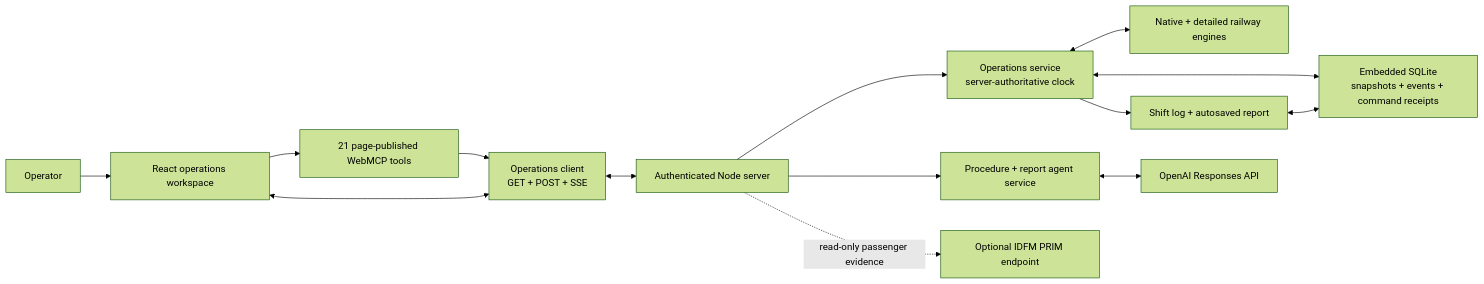
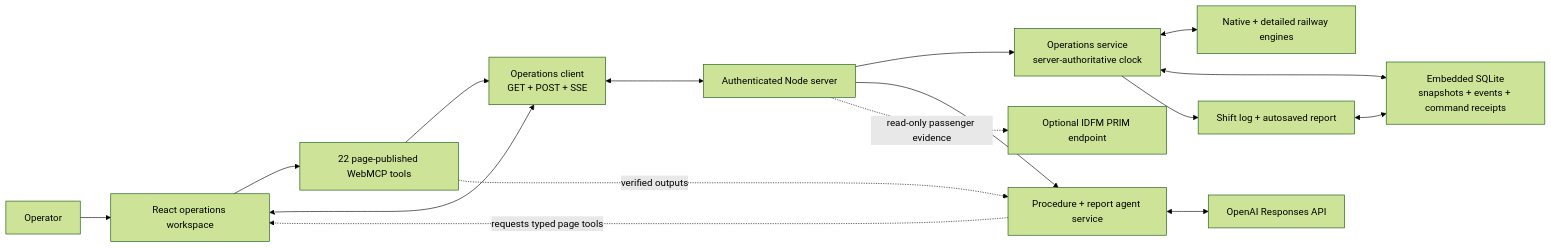
Before and after one commit to HackInvent/icc-webmcp-demo: the first of 3 diagrams in docs/architecture.md, drawn with Mermaid (forest theme). The commit also changed other lines of this file and 64 other files, not shown here.

````diff
--- a/docs/architecture.md
+++ b/docs/architecture.md
@@ -16,29 +19,31 @@
 ```mermaid
 flowchart LR
   Operator["Operator"]
   Browser["React operations workspace"]
-  Tools["21 page-published WebMCP tools"]
+  Tools["22 page-published WebMCP tools"]
   Client["Operations client\nGET + POST + SSE"]
   Http["Authenticated Node server"]
   Service["Operations service\nserver-authoritative clock"]
   Engines["Native + detailed railway engines"]
   Store["Embedded SQLite\nsnapshots + events + command receipts"]
   Shift["Shift log + autosaved report"]
   Agent["Procedure + report agent service"]
   OpenAI["OpenAI Responses API"]
   Prim["Optional IDFM PRIM endpoint"]
 
   Operator --> Browser
   Browser --> Tools
   Tools --> Client
+  Agent -. "requests typed page tools" .-> Browser
+  Tools -. "verified outputs" .-> Agent
   Browser <--> Client
   Client <--> Http
   Http --> Service
   Service <--> Engines
   Service <--> Store
   Service --> Shift
   Shift <--> Store
   Http --> Agent
   Agent <--> OpenAI
   Http -. "read-only passenger evidence" .-> Prim
 ```
````
